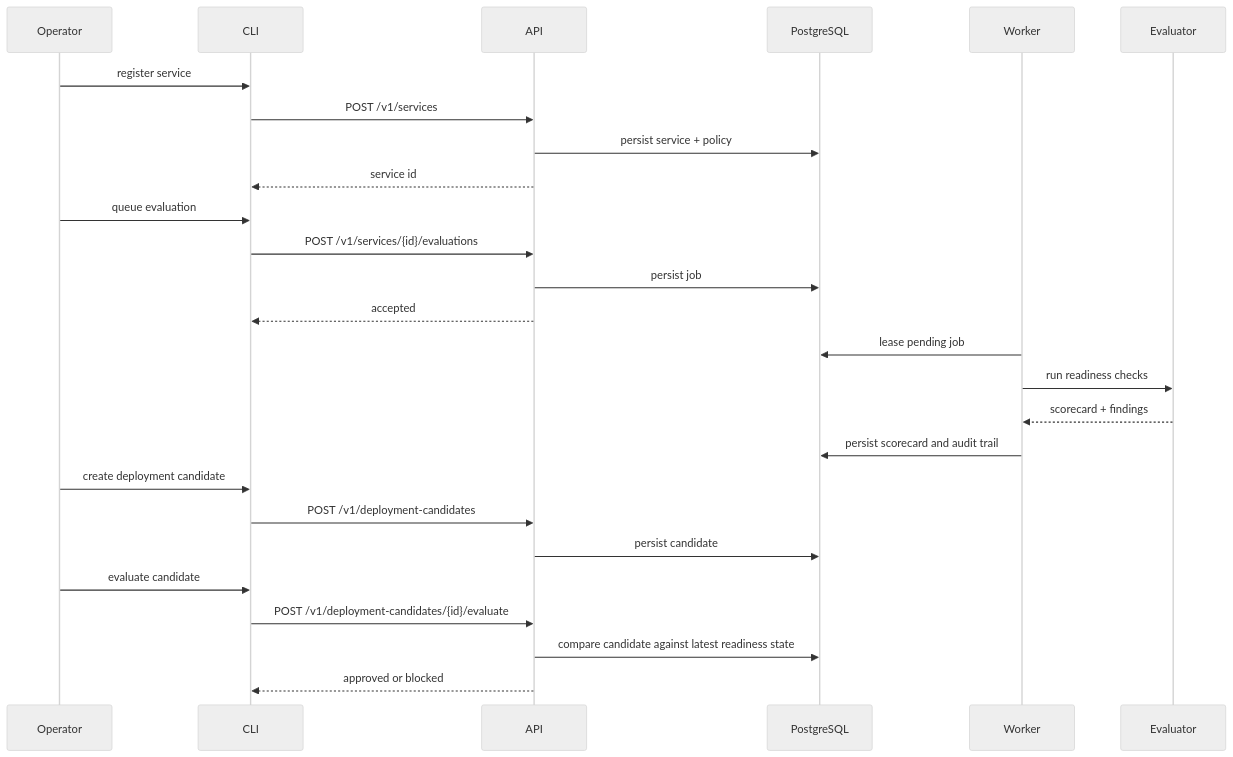
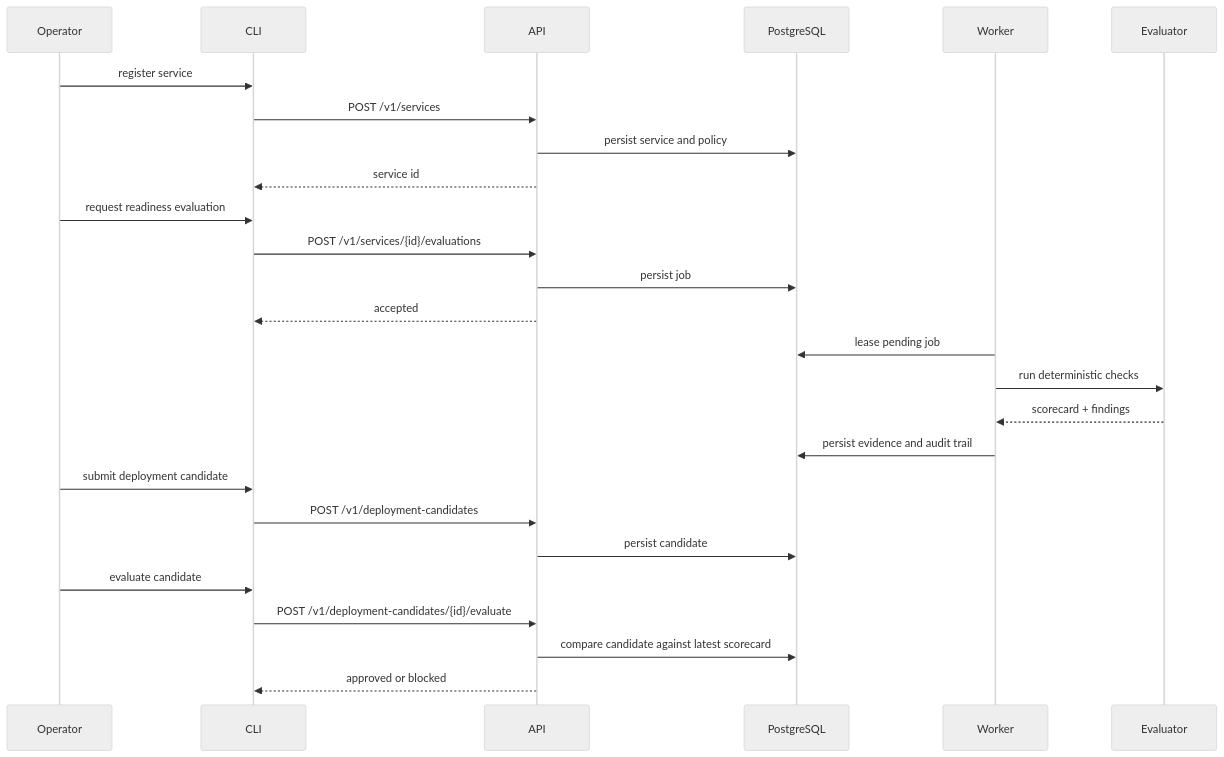
Before and after one commit to JuanPabloGaviria/golden-path-control-plane: the second of 2 diagrams in README.md, drawn with Mermaid (neutral theme). The commit also changed other lines of this file and 2 other files, not shown here.

````diff
--- a/README.md
+++ b/README.md
@@ -65,33 +68,33 @@
 ```mermaid
 sequenceDiagram
-    participant U as Operator
-    participant C as CLI
-    participant A as API
-    participant DB as PostgreSQL
-    participant W as Worker
-    participant E as Evaluator
+  participant O as Operator
+  participant C as CLI
+  participant A as API
+  participant DB as PostgreSQL
+  participant W as Worker
+  participant E as Evaluator
 
-    U->>C: register service
-    C->>A: POST /v1/services
-    A->>DB: persist service + policy
-    A-->>C: service id
+  O->>C: register service
+  C->>A: POST /v1/services
+  A->>DB: persist service and policy
+  A-->>C: service id
 
-    U->>C: queue evaluation
-    C->>A: POST /v1/services/{id}/evaluations
-    A->>DB: persist job
-    A-->>C: accepted
+  O->>C: request readiness evaluation
+  C->>A: POST /v1/services/{id}/evaluations
+  A->>DB: persist job
+  A-->>C: accepted
 
-    W->>DB: lease pending job
-    W->>E: run readiness checks
-    E-->>W: scorecard + findings
-    W->>DB: persist scorecard and audit trail
+  W->>DB: lease pending job
+  W->>E: run deterministic checks
+  E-->>W: scorecard + findings
+  W->>DB: persist evidence and audit trail
 
-    U->>C: create deployment candidate
-    C->>A: POST /v1/deployment-candidates
-    A->>DB: persist candidate
+  O->>C: submit deployment candidate
+  C->>A: POST /v1/deployment-candidates
+  A->>DB: persist candidate
 
-    U->>C: evaluate candidate
-    C->>A: POST /v1/deployment-candidates/{id}/evaluate
-    A->>DB: compare candidate against latest readiness state
-    A-->>C: approved or blocked
+  O->>C: evaluate candidate
+  C->>A: POST /v1/deployment-candidates/{id}/evaluate
+  A->>DB: compare candidate against latest scorecard
+  A-->>C: approved or blocked
 ```
````
